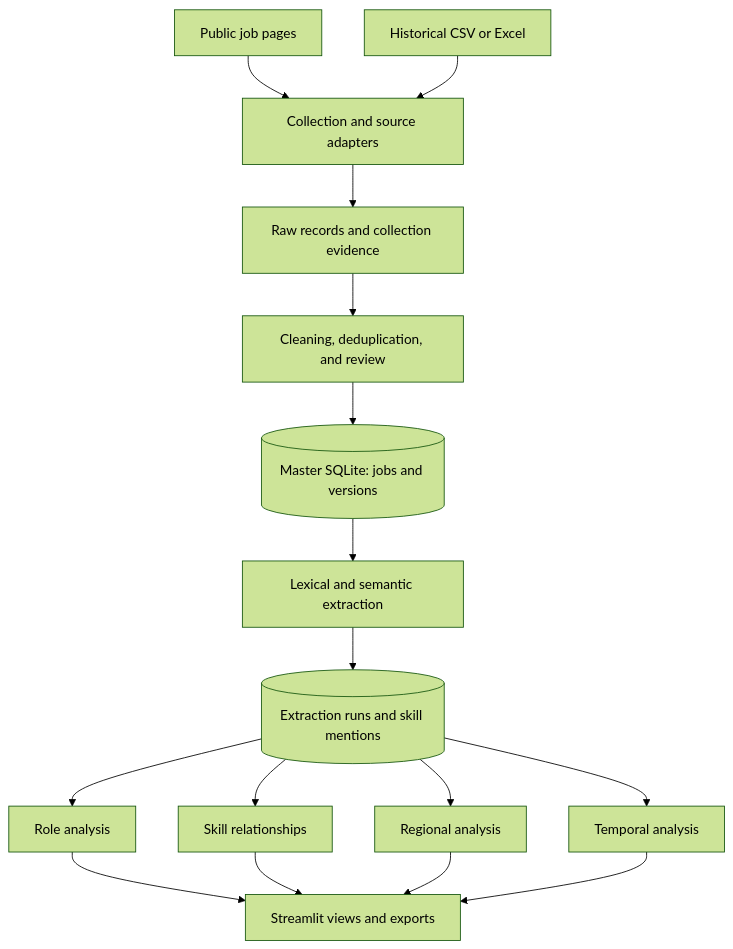
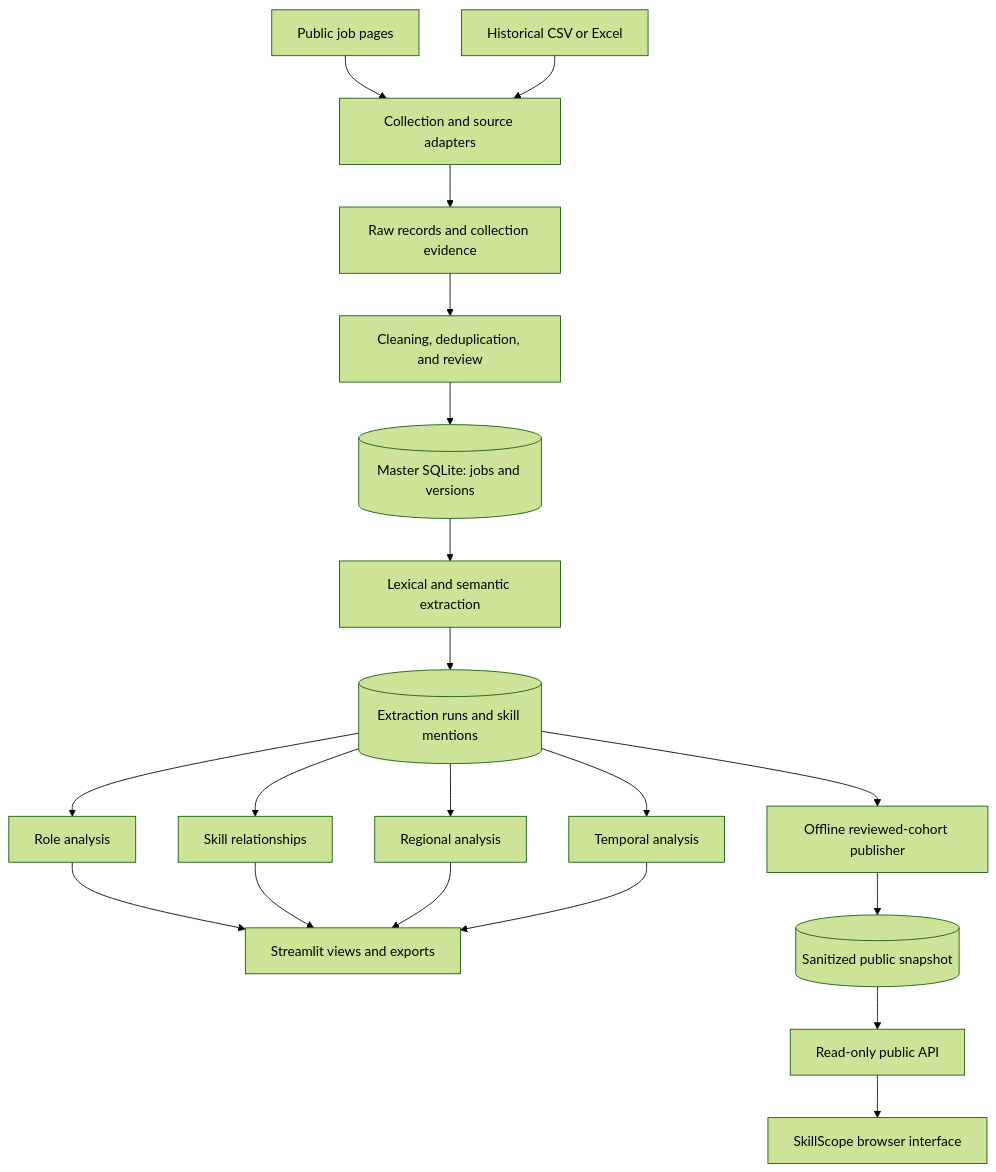
Before and after one commit to zero3nine/J26_SE_355: the diagram in docs/About.md, drawn with Mermaid (forest theme). The commit also changed other lines of this file and 22 other files, not shown here.

````diff
--- a/docs/About.md
+++ b/docs/About.md
@@ -28,18 +28,22 @@
 ```mermaid
 flowchart TD
     A[Public job pages] --> C[Collection and source adapters]
     B[Historical CSV or Excel] --> C
     C --> D[Raw records and collection evidence]
     D --> E[Cleaning, deduplication, and review]
     E --> F[(Master SQLite: jobs and versions)]
     F --> G[Lexical and semantic extraction]
     G --> H[(Extraction runs and skill mentions)]
     H --> I[Role analysis]
     H --> J[Skill relationships]
     H --> K[Regional analysis]
     H --> L[Temporal analysis]
     I --> M[Streamlit views and exports]
     J --> M
     K --> M
     L --> M
+    H --> N[Offline reviewed-cohort publisher]
+    N --> O[(Sanitized public snapshot)]
+    O --> P[Read-only public API]
+    P --> Q[SkillScope browser interface]
 ```
````
